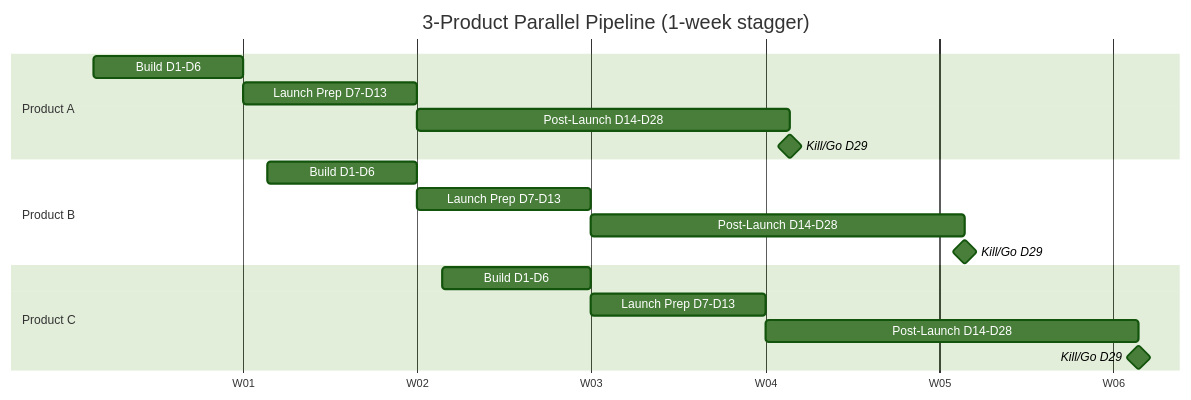
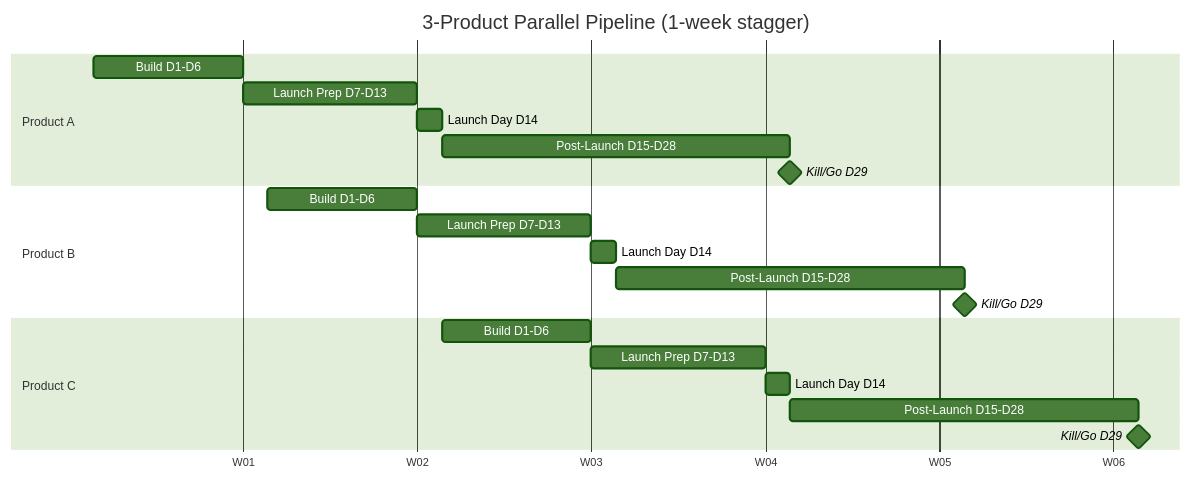
The fifth of 5 diagrams in README.md (JayKim88/indie-maker), drawn with Mermaid (forest theme) before and after one commit. The commit also changed other lines of this file and 3 other files, not shown here.

````diff
--- a/README.md
+++ b/README.md
@@ -162,24 +162,27 @@
 ```mermaid
 gantt
     title 3-Product Parallel Pipeline (1-week stagger)
     dateFormat YYYY-MM-DD
     axisFormat W%W
 
     section Product A
-    Build D1-D6        :a1, 2024-01-01, 6d
-    Launch Prep D7-D13 :a2, after a1, 7d
-    Post-Launch D14-D28 :a3, after a2, 15d
-    Kill/Go D29        :milestone, after a3, 0d
+    Build D1-D6         :a1, 2024-01-01, 6d
+    Launch Prep D7-D13  :a2, after a1, 7d
+    Launch Day D14      :a3, after a2, 1d
+    Post-Launch D15-D28 :a4, after a3, 14d
+    Kill/Go D29         :milestone, after a4, 0d
 
     section Product B
-    Build D1-D6        :b1, 2024-01-08, 6d
-    Launch Prep D7-D13 :b2, after b1, 7d
-    Post-Launch D14-D28 :b3, after b2, 15d
-    Kill/Go D29        :milestone, after b3, 0d
+    Build D1-D6         :b1, 2024-01-08, 6d
+    Launch Prep D7-D13  :b2, after b1, 7d
+    Launch Day D14      :b3, after b2, 1d
+    Post-Launch D15-D28 :b4, after b3, 14d
+    Kill/Go D29         :milestone, after b4, 0d
 
     section Product C
-    Build D1-D6        :c1, 2024-01-15, 6d
-    Launch Prep D7-D13 :c2, after c1, 7d
-    Post-Launch D14-D28 :c3, after c2, 15d
-    Kill/Go D29        :milestone, after c3, 0d
+    Build D1-D6         :c1, 2024-01-15, 6d
+    Launch Prep D7-D13  :c2, after c1, 7d
+    Launch Day D14      :c3, after c2, 1d
+    Post-Launch D15-D28 :c4, after c3, 14d
+    Kill/Go D29         :milestone, after c4, 0d
 ```
````
